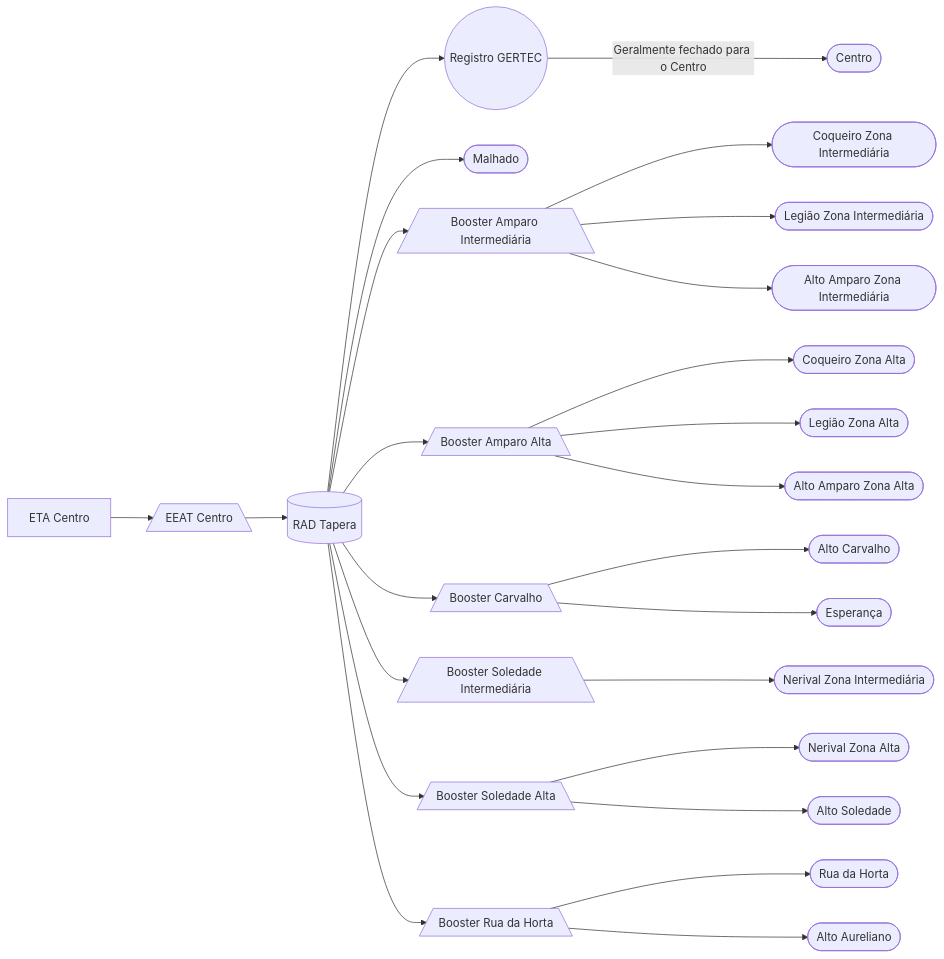
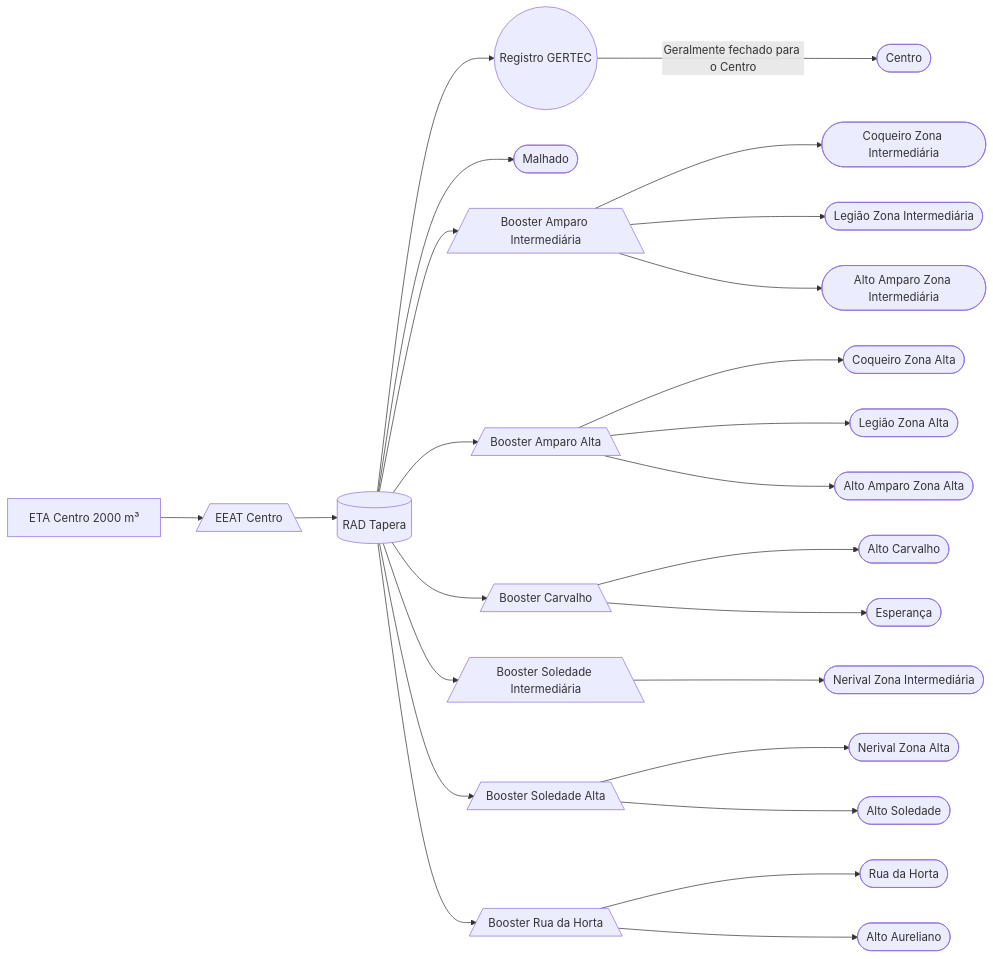
Before and after one commit to iagovls/CCO-Documentation: the diagram in ETA Centro/Centro/Centro.md, drawn with Mermaid.

````diff
--- a/ETA Centro/Centro/Centro.md
+++ b/ETA Centro/Centro/Centro.md
@@ -21,78 +21,78 @@
 ```mermaid
 flowchart LR
         
-    ETA["ETA Centro"]    
+    ETA["ETA Centro 2000 m³"]    
 
     EEATCentro[/"EEAT Centro"\] 
     
     RADTapera[("RAD Tapera")] 
     
     RegistroGertec(("Registro GERTEC"))
     
     Centro(["Centro"])
 
     Malhado(["Malhado"])
    
     BoosterAmparoInter[/"Booster Amparo Intermediária"\]
 
     BoosterAmparoAlta[/"Booster Amparo Alta"\]
 
     BoosterCarvalho[/"Booster Carvalho"\]
 
     BoosterSoledadeInter[/"Booster Soledade Intermediária"\]
 
     BoosterSoledadeAlta[/"Booster Soledade Alta"\]
 
     BoosterRuaDaHorta[/"Booster Rua da Horta"\]
     
     CoqueiroInter(["Coqueiro Zona Intermediária"])
     CoqueiroAlta(["Coqueiro Zona Alta"])
     LegiaoInter(["Legião Zona Intermediária"])
     LegiaoAlta(["Legião Zona Alta"])
     AmparoInter(["Alto Amparo Zona Intermediária"])
     AmparoAlta(["Alto Amparo Zona Alta"])
 
     AltoCarvalho(["Alto Carvalho"])
     Esperança(["Esperança"])
 
     NerivalZonaInter(["Nerival Zona Intermediária"])
 
     AltoSoledade(["Alto Soledade"])
     NerivalZonaAlta(["Nerival Zona Alta"])
 
     RuaDaHorta(["Rua da Horta"])
     AltoAureliano(["Alto Aureliano"]) 
 
     %% Ligações
     ETA --> EEATCentro
     EEATCentro --> RADTapera
     RADTapera --> RegistroGertec
 
     RegistroGertec --> |Geralmente fechado para o Centro| Centro
     RADTapera --> Malhado
     RADTapera --> BoosterAmparoInter
     RADTapera --> BoosterAmparoAlta
     RADTapera --> BoosterCarvalho
     RADTapera --> BoosterSoledadeInter
     RADTapera --> BoosterSoledadeAlta
     RADTapera --> BoosterRuaDaHorta
 
     BoosterAmparoInter --> CoqueiroInter
     BoosterAmparoInter --> LegiaoInter
     BoosterAmparoInter --> AmparoInter
     BoosterAmparoAlta --> CoqueiroAlta
     BoosterAmparoAlta --> LegiaoAlta
     BoosterAmparoAlta --> AmparoAlta
 
     BoosterCarvalho --> AltoCarvalho
     BoosterCarvalho --> Esperança
 
     BoosterSoledadeInter --> NerivalZonaInter
 
     BoosterSoledadeAlta --> NerivalZonaAlta
     BoosterSoledadeAlta --> AltoSoledade
 
     BoosterRuaDaHorta --> RuaDaHorta
     BoosterRuaDaHorta --> AltoAureliano
     
 ```
````
